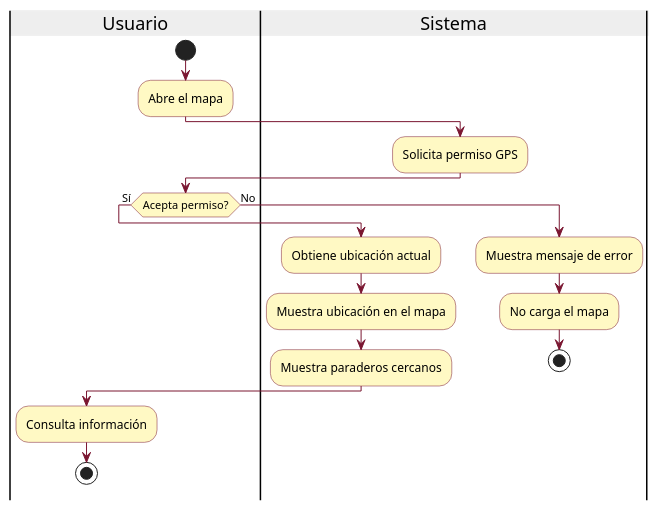
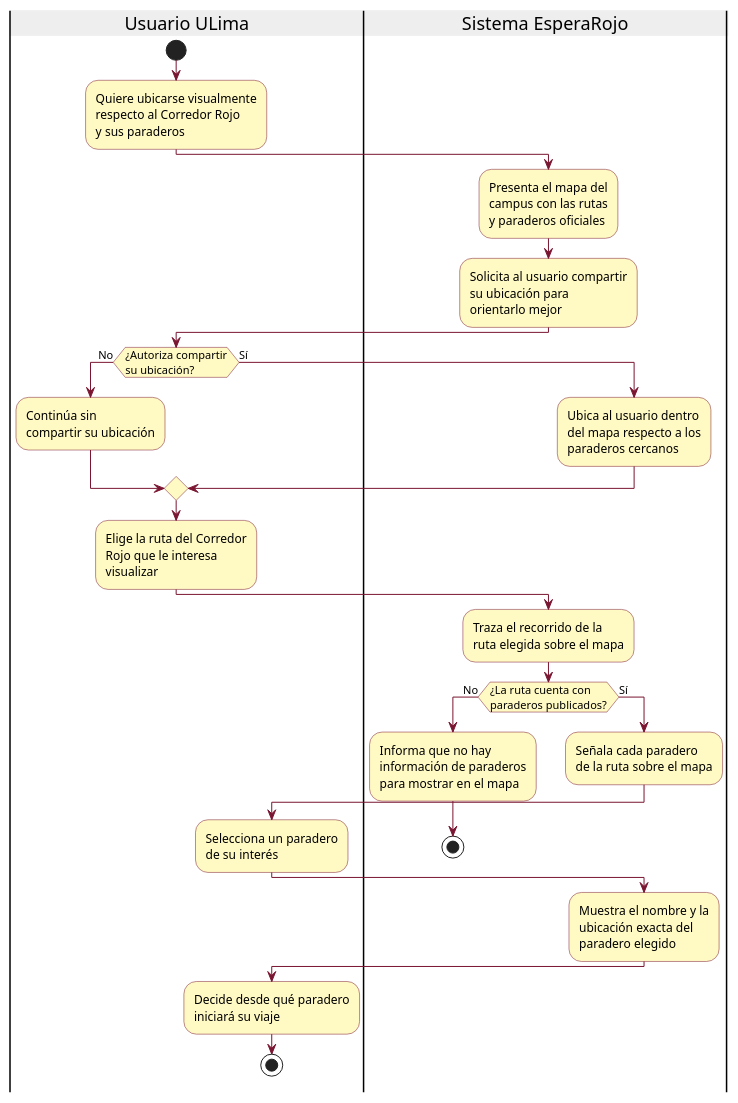
Before and after one commit to AndreCabrejos/diagramas-uml: the diagram in flujo de casos/actividad3.puml, drawn with PlantUML. The commit also changed 14 other files, not shown here.

```diff
--- a/flujo de casos/actividad3.puml
+++ b/flujo de casos/actividad3.puml
@@ -1,39 +1,49 @@
-  @startuml
-  skinparam SwimlaneTitleBackgroundColor #EEE
-  skinparam ActivityBackgroundColor #FFF9C4
-  skinparam ActivityBorderColor #7A1631
-  skinparam Arrow {
-    Color #7A1631
-  }
+@startuml "Actividad 3 - Proceso de Negocio: Ubicarse frente al Corredor Rojo (Mapa)"
+skinparam SwimlaneTitleBackgroundColor #EEE
+skinparam ActivityBackgroundColor #FFF9C4
+skinparam ActivityBorderColor #7A1631
+skinparam Arrow {
+  Color #7A1631
+}
 
-  |Usuario|
-  start
-  :Abre el mapa;
+|Usuario ULima|
+start
+:Quiere ubicarse visualmente\nrespecto al Corredor Rojo\ny sus paraderos;
 
-  |Sistema|
-  :Solicita permiso GPS;
+|Sistema EsperaRojo|
+:Presenta el mapa del\ncampus con las rutas\ny paraderos oficiales;
 
-  |Usuario|
+:Solicita al usuario compartir\nsu ubicación para\norientarlo mejor;
 
-  if (Acepta permiso?) then (Sí)
+|Usuario ULima|
+if (¿Autoriza compartir\nsu ubicación?) then (No)
+  :Continúa sin\ncompartir su ubicación;
+else (Sí)
+  |Sistema EsperaRojo|
+  :Ubica al usuario dentro\ndel mapa respecto a los\nparaderos cercanos;
+endif
 
-    |Sistema|
-    :Obtiene ubicación actual;
-    :Muestra ubicación en el mapa;
-    :Muestra paraderos cercanos;
+|Usuario ULima|
+:Elige la ruta del Corredor\nRojo que le interesa\nvisualizar;
 
-    |Usuario|
-    :Consulta información;
-    stop
+|Sistema EsperaRojo|
+:Traza el recorrido de la\nruta elegida sobre el mapa;
 
-  else (No)
+if (¿La ruta cuenta con\nparaderos publicados?) then (No)
+  :Informa que no hay\ninformación de paraderos\npara mostrar en el mapa;
+  stop
+else (Sí)
+  :Señala cada paradero\nde la ruta sobre el mapa;
 
-    |Sistema|
-    :Muestra mensaje de error;
-    :No carga el mapa;
+  |Usuario ULima|
+  :Selecciona un paradero\nde su interés;
 
-    stop
+  |Sistema EsperaRojo|
+  :Muestra el nombre y la\nubicación exacta del\nparadero elegido;
 
-  endif
+  |Usuario ULima|
+  :Decide desde qué paradero\niniciará su viaje;
+  stop
+endif
 
-  @enduml
+@enduml
```
